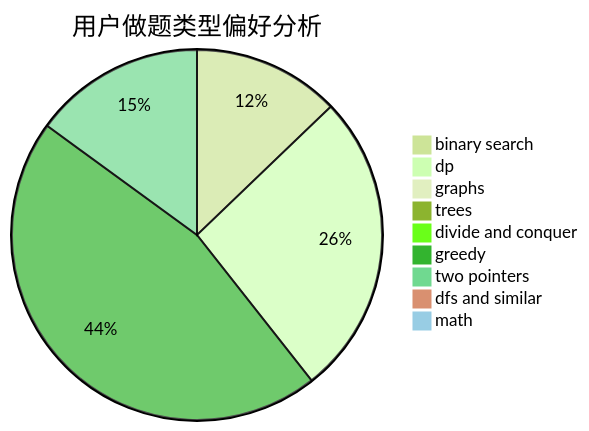
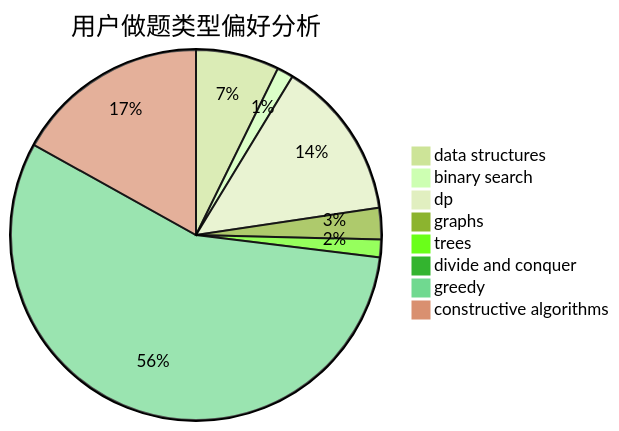
One commit to sherpahu/cfrs.github.io changed the second of 3 diagrams in docs/user/u811.md. Above: the diagram before and after it, drawn with Mermaid (forest theme). The commit also changed other lines of this file and 2775 other files, not shown here.

````diff
--- a/docs/user/u811.md
+++ b/docs/user/u811.md
@@ -23,12 +23,11 @@
 ```mermaid
 pie title 用户做题类型偏好分析
-    "binary search" :  299
-    "dp" :  619
+    "data structures" :  61
+    "binary search" :  12
+    "dp" :  117
     "graphs" :  23
-    "trees" :  15
-    "divide and conquer" :  7
-    "greedy" :  1064
-    "two pointers" :  349
-    "dfs and similar" :  12
-    "math" :  12
+    "trees" :  13
+    "divide and conquer" :  4
+    "greedy" :  471
+    "constructive algorithms" :  142
 ```
````
